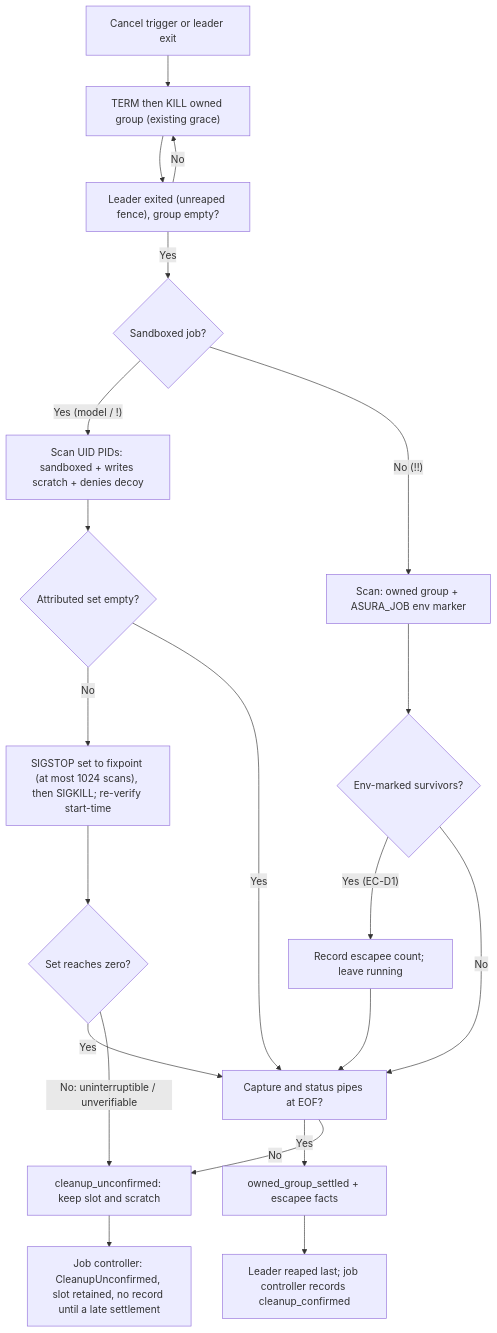
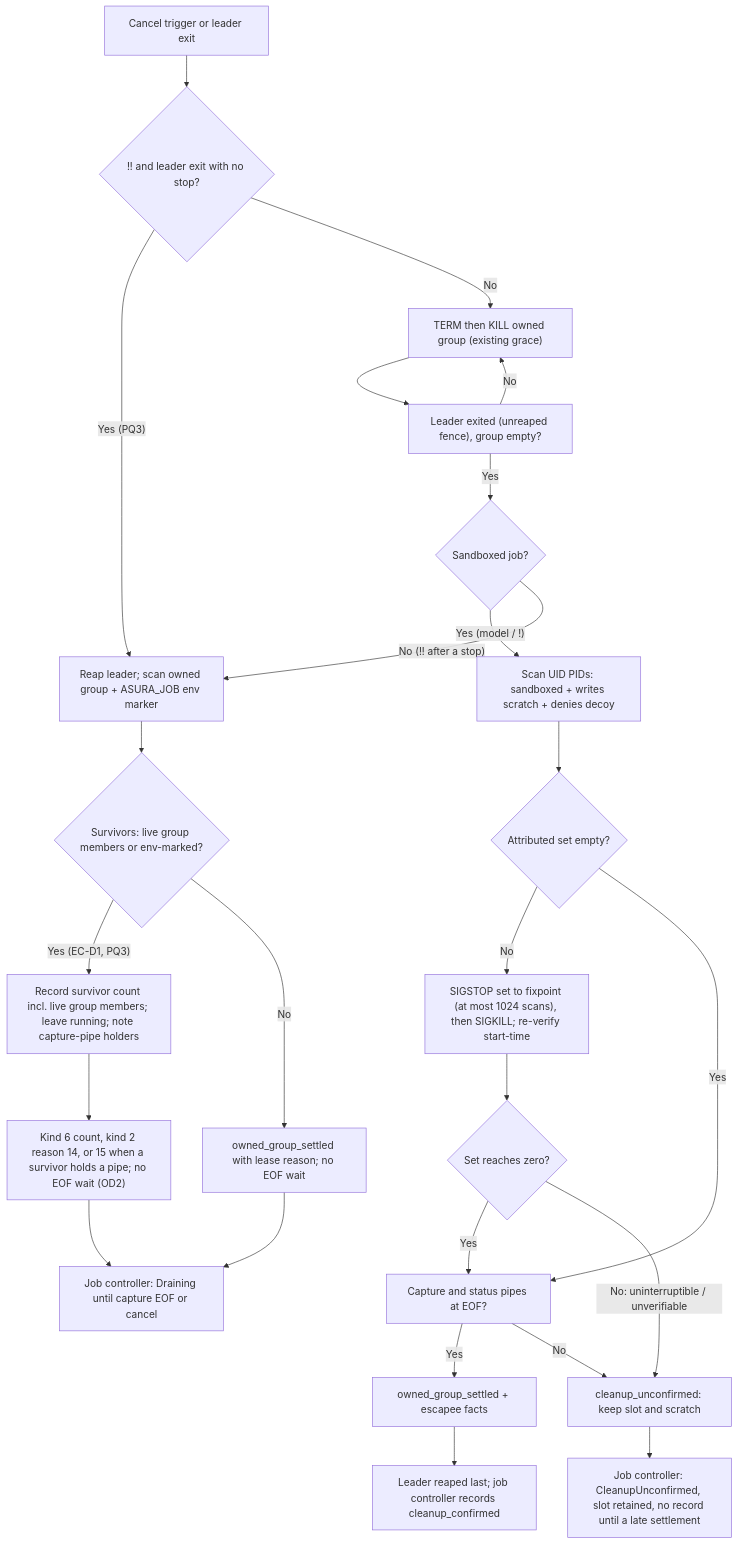
One commit to pidster/asura changed the second of 3 diagrams in docs/designs/escapee-control.md. Above: the diagram before and after it, drawn with Mermaid. The commit also changed other lines of this file and 14 other files, not shown here.

````diff
--- a/docs/designs/escapee-control.md
+++ b/docs/designs/escapee-control.md
@@ -276,23 +298,27 @@
 ```mermaid
 flowchart TD
-    Start["Cancel trigger or leader exit"] --> Group["TERM then KILL owned group (existing grace)"]
+    Start["Cancel trigger or leader exit"] --> Kind{"!! and leader exit with no stop?"}
+    Kind -->|"Yes (PQ3)"| Env
+    Kind -->|No| Group["TERM then KILL owned group (existing grace)"]
     Group --> Reaped["Leader exited (unreaped fence), group empty?"]
     Reaped -->|No| Group
     Reaped -->|Yes| Scan{"Sandboxed job?"}
     Scan -->|"Yes (model / !)"| Mark["Scan UID PIDs: sandboxed + writes scratch + denies decoy"]
-    Scan -->|"No (!!)"| Env["Scan: owned group + ASURA_JOB env marker"]
+    Scan -->|"No (!! after a stop)"| Env["Reap leader; scan owned group + ASURA_JOB env marker"]
     Mark --> Set{"Attributed set empty?"}
-    Env --> EnvSet{"Env-marked survivors?"}
+    Env --> EnvSet{"Survivors: live group members or env-marked?"}
     Set -->|No| Freeze["SIGSTOP set to fixpoint (at most 1024 scans), then SIGKILL; re-verify start-time"]
     Freeze --> Verify{"Set reaches zero?"}
     Verify -->|Yes| EOF
     Verify -->|"No: uninterruptible / unverifiable"| Unconf["cleanup_unconfirmed: keep slot and scratch"]
     Set -->|Yes| EOF["Capture and status pipes at EOF?"]
-    EnvSet -->|"Yes (EC-D1)"| ReportOut["Record escapee count; leave running"]
-    EnvSet -->|No| EOF
-    ReportOut --> EOF
+    EnvSet -->|"Yes (EC-D1, PQ3)"| ReportOut["Record survivor count incl. live group members; leave running; note capture-pipe holders"]
+    EnvSet -->|No| OutSettled["owned_group_settled with lease reason; no EOF wait"]
+    ReportOut --> OutSettled2["Kind 6 count, kind 2 reason 14, or 15 when a survivor holds a pipe; no EOF wait (OD2)"]
     EOF -->|Yes| Settled["owned_group_settled + escapee facts"]
     EOF -->|No| Unconf
     Settled --> Done["Leader reaped last; job controller records cleanup_confirmed"]
+    OutSettled --> Drain["Job controller: Draining until capture EOF or cancel"]
+    OutSettled2 --> Drain
     Unconf --> Repair["Job controller: CleanupUnconfirmed, slot retained, no record until a late settlement"]
 ```
````
